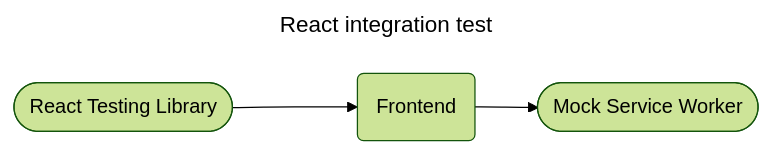
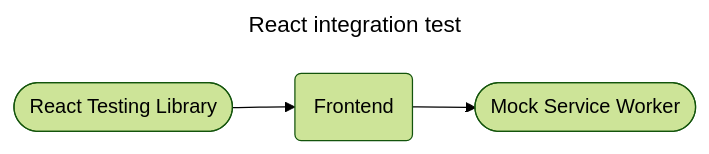
One commit to kiesraad/abacus changed the third of 5 diagrams in documentatie/ontwikkelproces/test-tooling.md. Above: the diagram before and after it, drawn with Mermaid (forest theme). The commit also changed other lines of this file, not shown here.

````diff
--- a/documentatie/ontwikkelproces/test-tooling.md
+++ b/documentatie/ontwikkelproces/test-tooling.md
@@ -74,14 +72,14 @@
 ```mermaid
 ---
 title: React integration test
 ---
 flowchart LR
     fe(Frontend)
 
     rtl([React Testing Library])
     msw([Mock Service Worker])
 
-    rtl ---> fe
+    rtl --> fe
 
     fe --> msw
 ```
````
